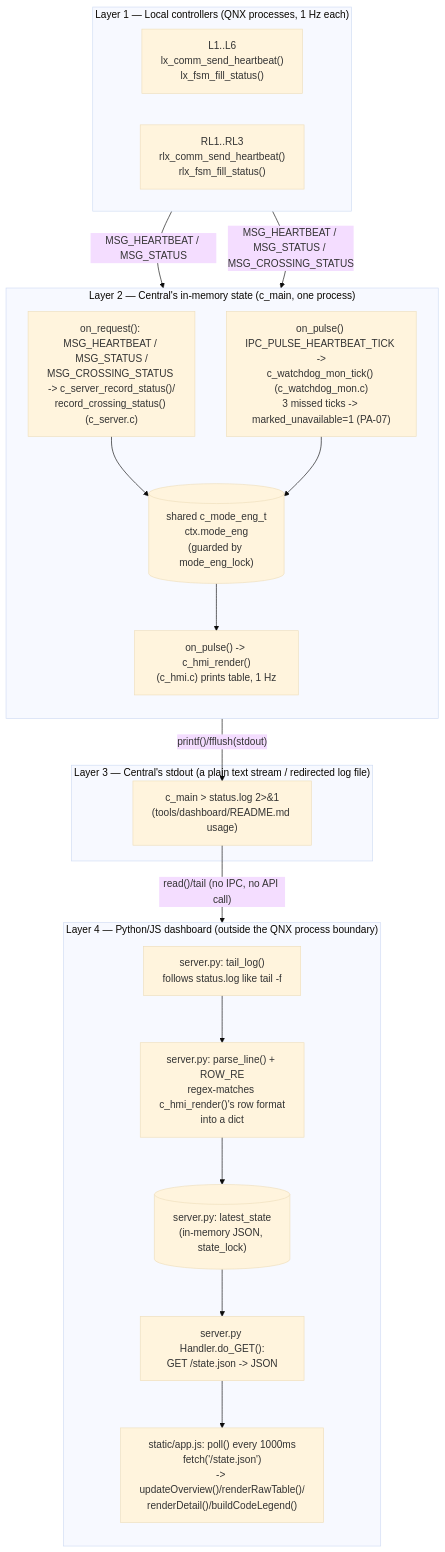
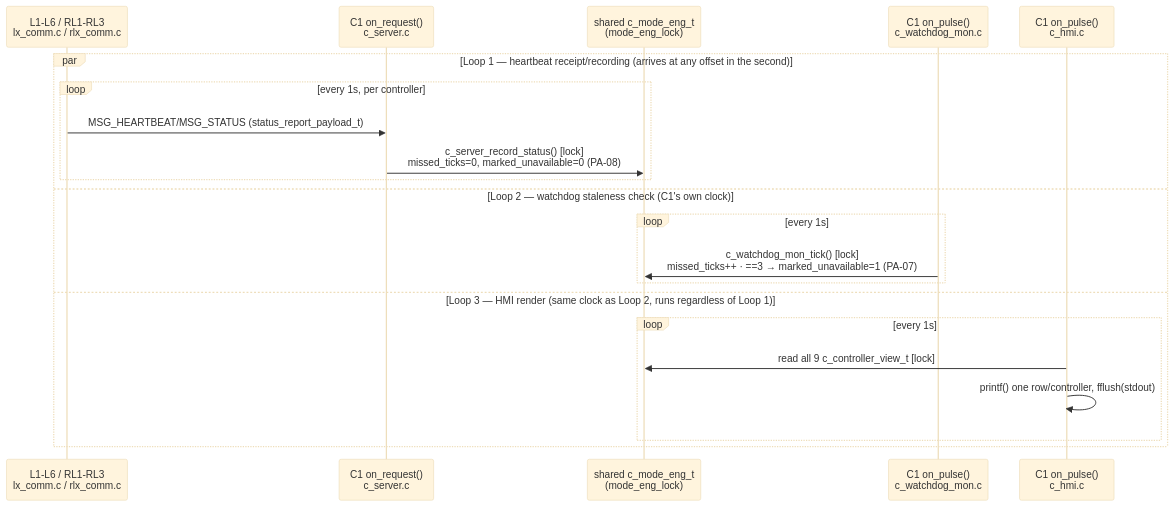
Before and after one commit to lucietran03/traffic-control-system: the first of 2 diagrams in docs/flow-diagrams/UC-09-monitor-network-status.md, drawn with Mermaid (base theme). The commit also changed other lines of this file and 22 other files, not shown here.

First line of the commit message:
Restyle flow-diagram docs: diagram-first, minimal prose

````diff
--- a/docs/flow-diagrams/UC-09-monitor-network-status.md
+++ b/docs/flow-diagrams/UC-09-monitor-network-status.md
@@ -179,38 +7,24 @@
 ```mermaid
-flowchart TB
-    subgraph L1["Layer 1 — Local controllers (QNX processes, 1 Hz each)"]
-        direction LR
-        Lx["L1..L6\nlx_comm_send_heartbeat()\nlx_fsm_fill_status()"]
-        RLx["RL1..RL3\nrlx_comm_send_heartbeat()\nrlx_fsm_fill_status()"]
+sequenceDiagram
+    participant Lx as L1-L6 / RL1-RL3<br/>lx_comm.c / rlx_comm.c
+    participant Recv as C1 on_request()<br/>c_server.c
+    participant Eng as shared c_mode_eng_t<br/>(mode_eng_lock)
+    participant Watch as C1 on_pulse()<br/>c_watchdog_mon.c
+    participant Render as C1 on_pulse()<br/>c_hmi.c
+
+    par Loop 1 — heartbeat receipt/recording (arrives at any offset in the second)
+        loop every 1s, per controller
+            Lx->>Recv: MSG_HEARTBEAT/MSG_STATUS (status_report_payload_t)
+            Recv->>Eng: c_server_record_status() [lock]<br/>missed_ticks=0, marked_unavailable=0 (PA-08)
+        end
+    and Loop 2 — watchdog staleness check (C1's own clock)
+        loop every 1s
+            Watch->>Eng: c_watchdog_mon_tick() [lock]<br/>missed_ticks++ · ==3 → marked_unavailable=1 (PA-07)
+        end
+    and Loop 3 — HMI render (same clock as Loop 2, runs regardless of Loop 1)
+        loop every 1s
+            Render->>Eng: read all 9 c_controller_view_t [lock]
+            Render->>Render: printf() one row/controller, fflush(stdout)
+        end
     end
-
-    subgraph L2["Layer 2 — Central's in-memory state (c_main, one process)"]
-        direction TB
-        Recv["on_request(): MSG_HEARTBEAT / MSG_STATUS /\nMSG_CROSSING_STATUS -> c_server_record_status()/\nrecord_crossing_status() (c_server.c)"]
-        Watch["on_pulse() IPC_PULSE_HEARTBEAT_TICK ->\nc_watchdog_mon_tick() (c_watchdog_mon.c)\n3 missed ticks -> marked_unavailable=1 (PA-07)"]
-        Eng[("shared c_mode_eng_t\nctx.mode_eng\n(guarded by mode_eng_lock)")]
-        Render["on_pulse() -> c_hmi_render()\n(c_hmi.c) prints table, 1 Hz"]
-        Recv --> Eng
-        Watch --> Eng
-        Eng --> Render
-    end
-
-    subgraph L3["Layer 3 — Central's stdout (a plain text stream / redirected log file)"]
-        Log["c_main > status.log 2>&1\n(tools/dashboard/README.md usage)"]
-    end
-
-    subgraph L4["Layer 4 — Python/JS dashboard (outside the QNX process boundary)"]
-        direction TB
-        Tail["server.py: tail_log()\nfollows status.log like tail -f"]
-        Parse["server.py: parse_line() + ROW_RE\nregex-matches c_hmi_render()'s row format\ninto a dict"]
-        State[("server.py: latest_state\n(in-memory JSON, state_lock)")]
-        Http["server.py Handler.do_GET():\nGET /state.json -> JSON"]
-        Js["static/app.js: poll() every 1000ms\nfetch('/state.json')\n-> updateOverview()/renderRawTable()/\nrenderDetail()/buildCodeLegend()"]
-        Tail --> Parse --> State --> Http --> Js
-    end
-
-    Lx -- "MSG_HEARTBEAT / MSG_STATUS" --> Recv
-    RLx -- "MSG_HEARTBEAT / MSG_STATUS / MSG_CROSSING_STATUS" --> Recv
-    Render -- "printf()/fflush(stdout)" --> Log
-    Log -- "read()/tail (no IPC, no API call)" --> Tail
 ```
````
